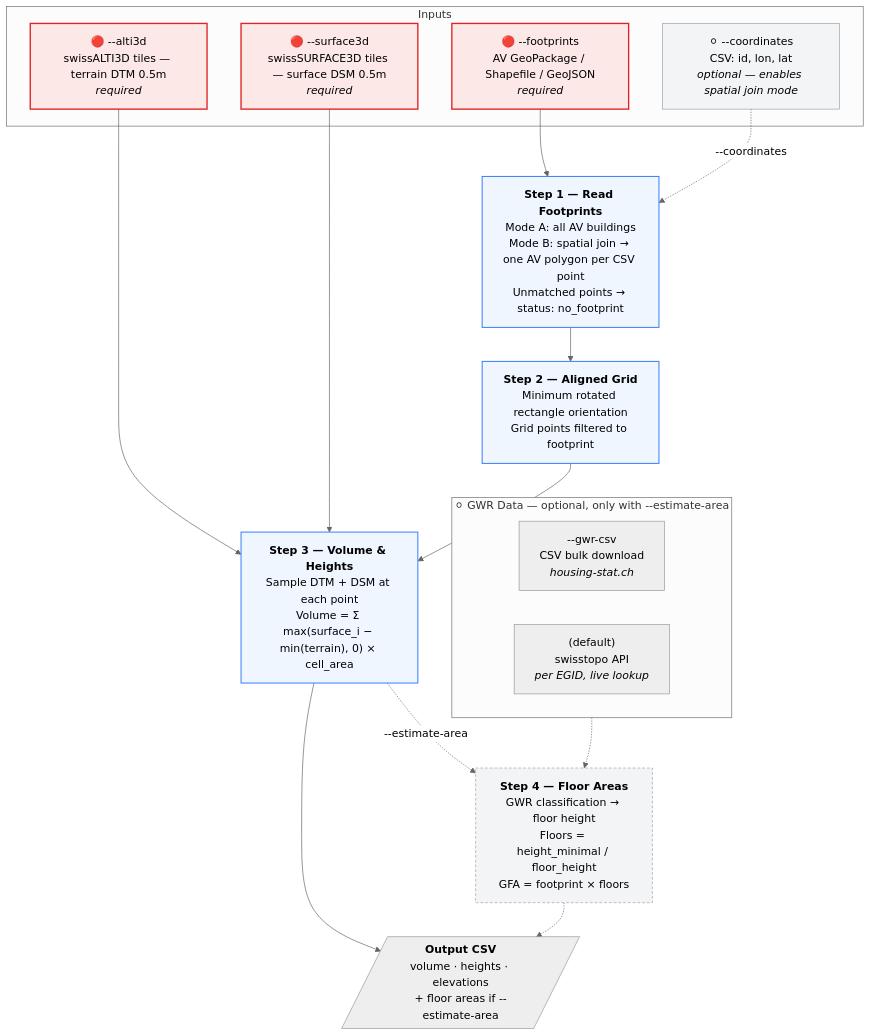
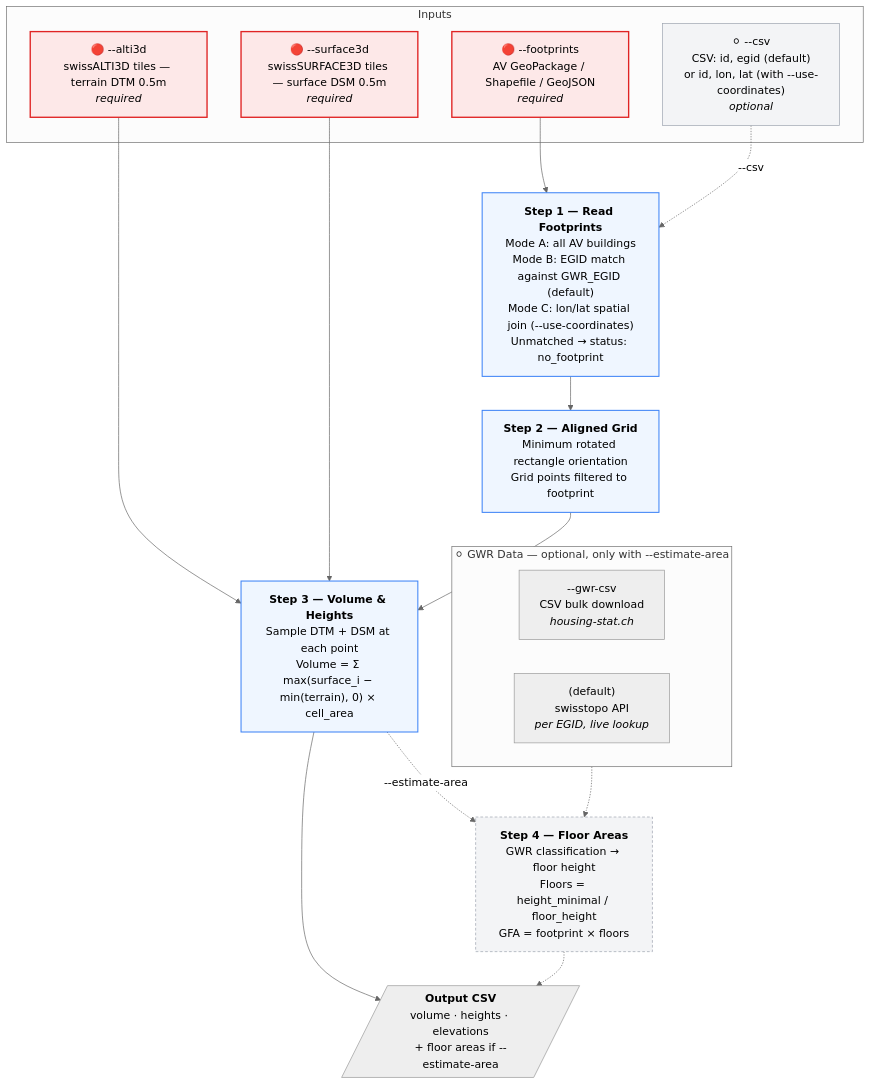
One commit to bbl-dres/area-estimator changed the diagram in README.md. Above: the diagram before and after it, drawn with Mermaid (neutral theme). The commit also changed other lines of this file and 8 other files, not shown here.

````diff
--- a/README.md
+++ b/README.md
@@ -108,43 +108,43 @@
 ```mermaid
 flowchart TD
     subgraph INPUT["Inputs"]
         A1A["🔴 --footprints<br>AV GeoPackage / Shapefile / GeoJSON<br><i>required</i>"]
-        A1B["⚪ --coordinates<br>CSV: id, lon, lat<br><i>optional — enables spatial join mode</i>"]
+        A1B["⚪ --csv<br>CSV: id, egid (default)<br>or id, lon, lat (with --use-coordinates)<br><i>optional</i>"]
         A2["🔴 --alti3d<br>swissALTI3D tiles — terrain DTM 0.5m<br><i>required</i>"]
         A3["🔴 --surface3d<br>swissSURFACE3D tiles — surface DSM 0.5m<br><i>required</i>"]
     end
 
     A1A --> S1
-    A1B -.->|"--coordinates"| S1
+    A1B -.->|"--csv"| S1
     A2 --> S3
     A3 --> S3
 
-    S1["<b>Step 1 — Read Footprints</b><br>Mode A: all AV buildings<br>Mode B: spatial join → one AV polygon per CSV point<br>Unmatched points → status: no_footprint"]
+    S1["<b>Step 1 — Read Footprints</b><br>Mode A: all AV buildings<br>Mode B: EGID match against GWR_EGID (default)<br>Mode C: lon/lat spatial join (--use-coordinates)<br>Unmatched → status: no_footprint"]
     S2["<b>Step 2 — Aligned Grid</b><br>Minimum rotated rectangle orientation<br>Grid points filtered to footprint"]
     S3["<b>Step 3 — Volume & Heights</b><br>Sample DTM + DSM at each point<br>Volume = Σ max(surface_i − min(terrain), 0) × cell_area"]
     S4["<b>Step 4 — Floor Areas</b><br>GWR classification → floor height<br>Floors = height_minimal / floor_height<br>GFA = footprint × floors"]
 
     S1 --> S2 --> S3
     S3 --> OUT
     S3 -.->|"--estimate-area"| S4
     S4 -.-> OUT
 
     OUT[/"<b>Output CSV</b><br>volume · heights · elevations<br>+ floor areas if --estimate-area"/]
 
     subgraph GWR["⚪ GWR Data — optional, only with --estimate-area"]
         G1["--gwr-csv<br>CSV bulk download<br><i>housing-stat.ch</i>"]
         G2["(default)<br>swisstopo API<br><i>per EGID, live lookup</i>"]
     end
 
     GWR -.-> S4
 
     classDef required fill:#fde8e8,stroke:#e02424,stroke-width:2px
     classDef optional fill:#f3f4f6,stroke:#9ca3af,stroke-width:1px
     classDef step fill:#eff6ff,stroke:#3b82f6,stroke-width:1.5px
     classDef optionalStep fill:#f3f4f6,stroke:#9ca3af,stroke-width:1px,stroke-dasharray:4 3
 
     class A1A,A2,A3 required
     class A1B optional
     class S1,S2,S3 step
     class S4 optionalStep
 ```
````
